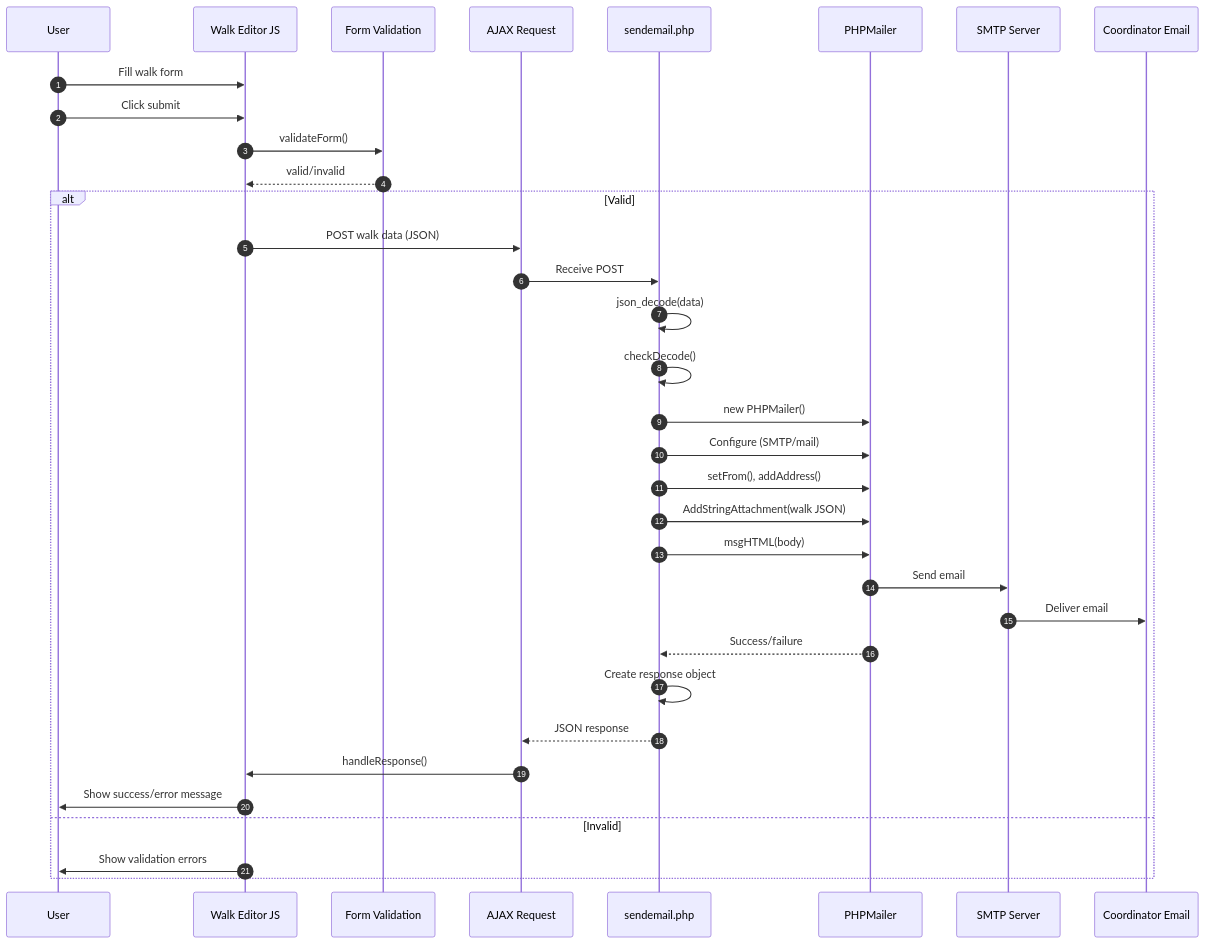
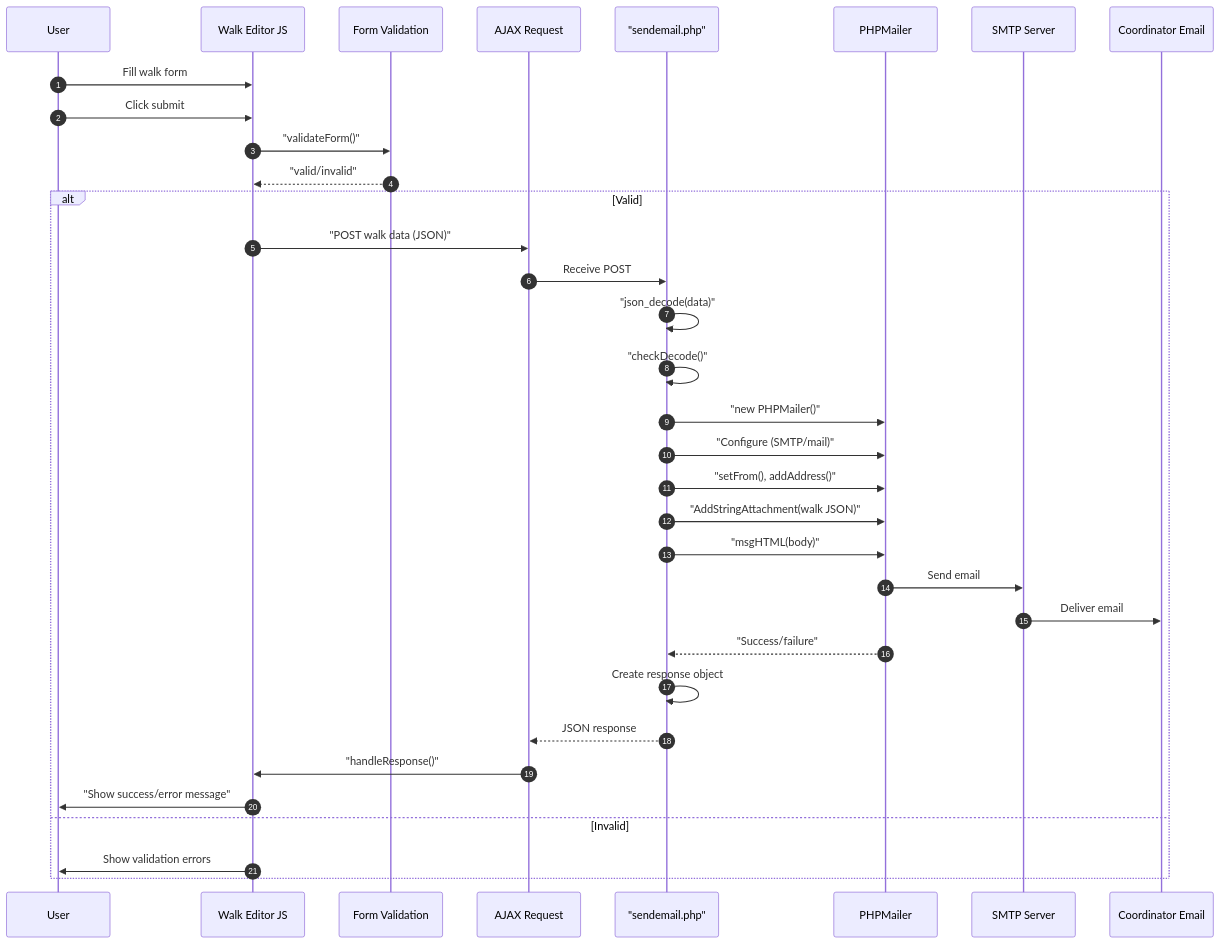
Before and after one commit to pauljrhodes/ramblers-library: the second of 4 diagrams in media/walkseditor/HLD.md, drawn with Mermaid. The commit also changed other lines of this file and 33 other files, not shown here.

Commit message:
Normalize Mermaid diagrams for GitHub rendering

````diff
--- a/media/walkseditor/HLD.md
+++ b/media/walkseditor/HLD.md
@@ -195,37 +195,37 @@
 ```mermaid
 sequenceDiagram
     autonumber
     participant User as User
     participant Editor as Walk Editor JS
     participant Validate as Form Validation
     participant AJAX as AJAX Request
-    participant SendEmail as sendemail.php
+    participant SendEmail as "sendemail.php"
     participant PHPMailer as PHPMailer
     participant SMTP as SMTP Server
     participant Coordinator as Coordinator Email
 
     User->>Editor: Fill walk form
     User->>Editor: Click submit
-    Editor->>Validate: validateForm()
-    Validate-->>Editor: valid/invalid
+    Editor->>Validate: "validateForm()"
+    Validate-->>Editor: "valid/invalid"
     alt Valid
-        Editor->>AJAX: POST walk data (JSON)
+        Editor->>AJAX: "POST walk data (JSON)"
         AJAX->>SendEmail: Receive POST
-        SendEmail->>SendEmail: json_decode(data)
-        SendEmail->>SendEmail: checkDecode()
-        SendEmail->>PHPMailer: new PHPMailer()
-        SendEmail->>PHPMailer: Configure (SMTP/mail)
-        SendEmail->>PHPMailer: setFrom(), addAddress()
-        SendEmail->>PHPMailer: AddStringAttachment(walk JSON)
-        SendEmail->>PHPMailer: msgHTML(body)
+        SendEmail->>SendEmail: "json_decode(data)"
+        SendEmail->>SendEmail: "checkDecode()"
+        SendEmail->>PHPMailer: "new PHPMailer()"
+        SendEmail->>PHPMailer: "Configure (SMTP/mail)"
+        SendEmail->>PHPMailer: "setFrom(), addAddress()"
+        SendEmail->>PHPMailer: "AddStringAttachment(walk JSON)"
+        SendEmail->>PHPMailer: "msgHTML(body)"
         PHPMailer->>SMTP: Send email
         SMTP->>Coordinator: Deliver email
-        PHPMailer-->>SendEmail: Success/failure
+        PHPMailer-->>SendEmail: "Success/failure"
         SendEmail->>SendEmail: Create response object
         SendEmail-->>AJAX: JSON response
-        AJAX->>Editor: handleResponse()
-        Editor->>User: Show success/error message
+        AJAX->>Editor: "handleResponse()"
+        Editor->>User: "Show success/error message"
     else Invalid
         Editor->>User: Show validation errors
     end
 ```
````
